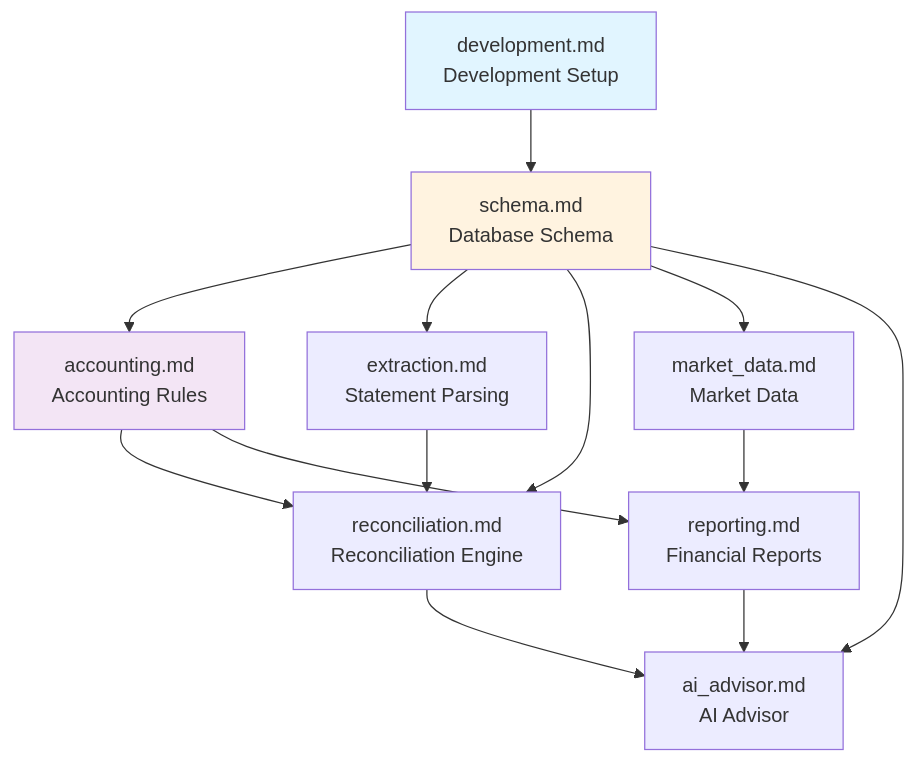
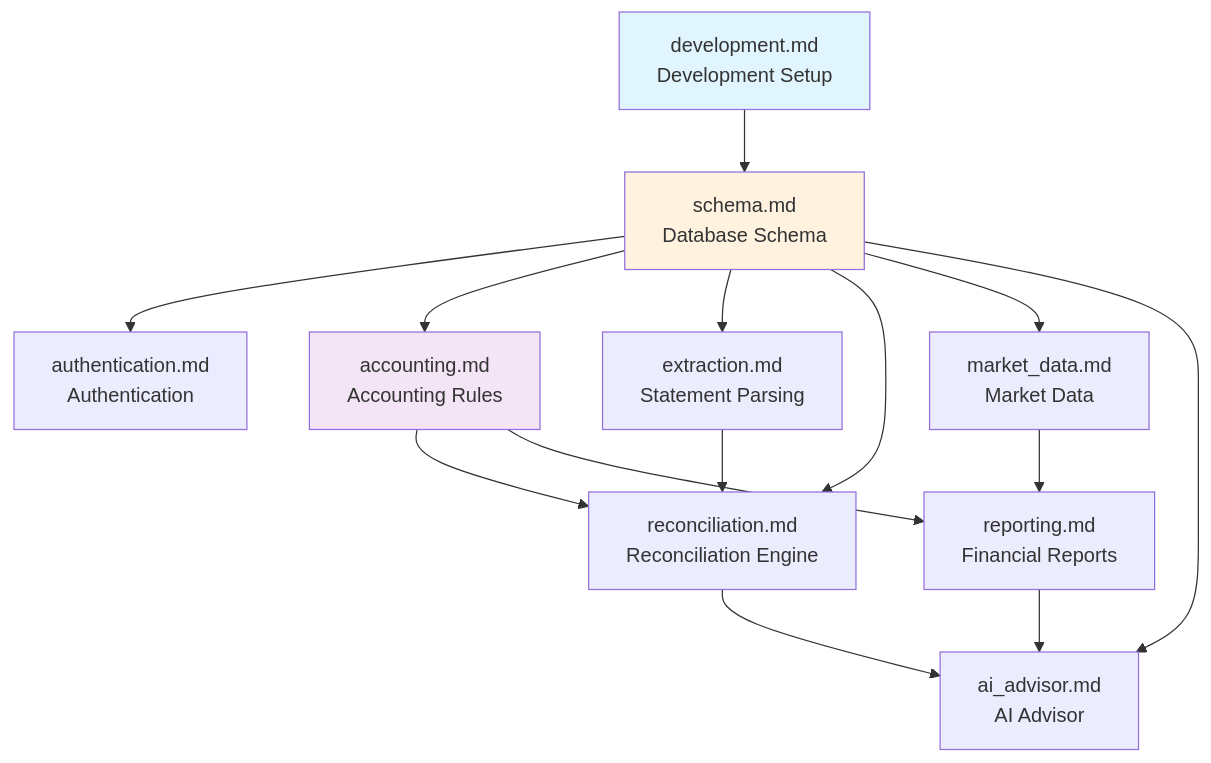
One commit to wangzitian0/finance_report changed the diagram in docs/ssot/README.md. Above: the diagram before and after it, drawn with Mermaid. The commit also changed other lines of this file and 24 other files, not shown here.

````diff
--- a/docs/ssot/README.md
+++ b/docs/ssot/README.md
@@ -46,20 +48,21 @@
 ```mermaid
 flowchart TD
     development[development.md<br/>Development Setup] --> schema[schema.md<br/>Database Schema]
+    schema --> authentication[authentication.md<br/>Authentication]
     schema --> accounting[accounting.md<br/>Accounting Rules]
     schema --> extraction[extraction.md<br/>Statement Parsing]
     schema --> reconciliation[reconciliation.md<br/>Reconciliation Engine]
     schema --> market_data[market_data.md<br/>Market Data]
     schema --> ai_advisor[ai_advisor.md<br/>AI Advisor]
     
     extraction --> reconciliation
     accounting --> reconciliation
     accounting --> reporting[reporting.md<br/>Financial Reports]
     market_data --> reporting
     reporting --> ai_advisor
     reconciliation --> ai_advisor
     
     style development fill:#e1f5ff
     style schema fill:#fff3e0
     style accounting fill:#f3e5f5
 ```
````
